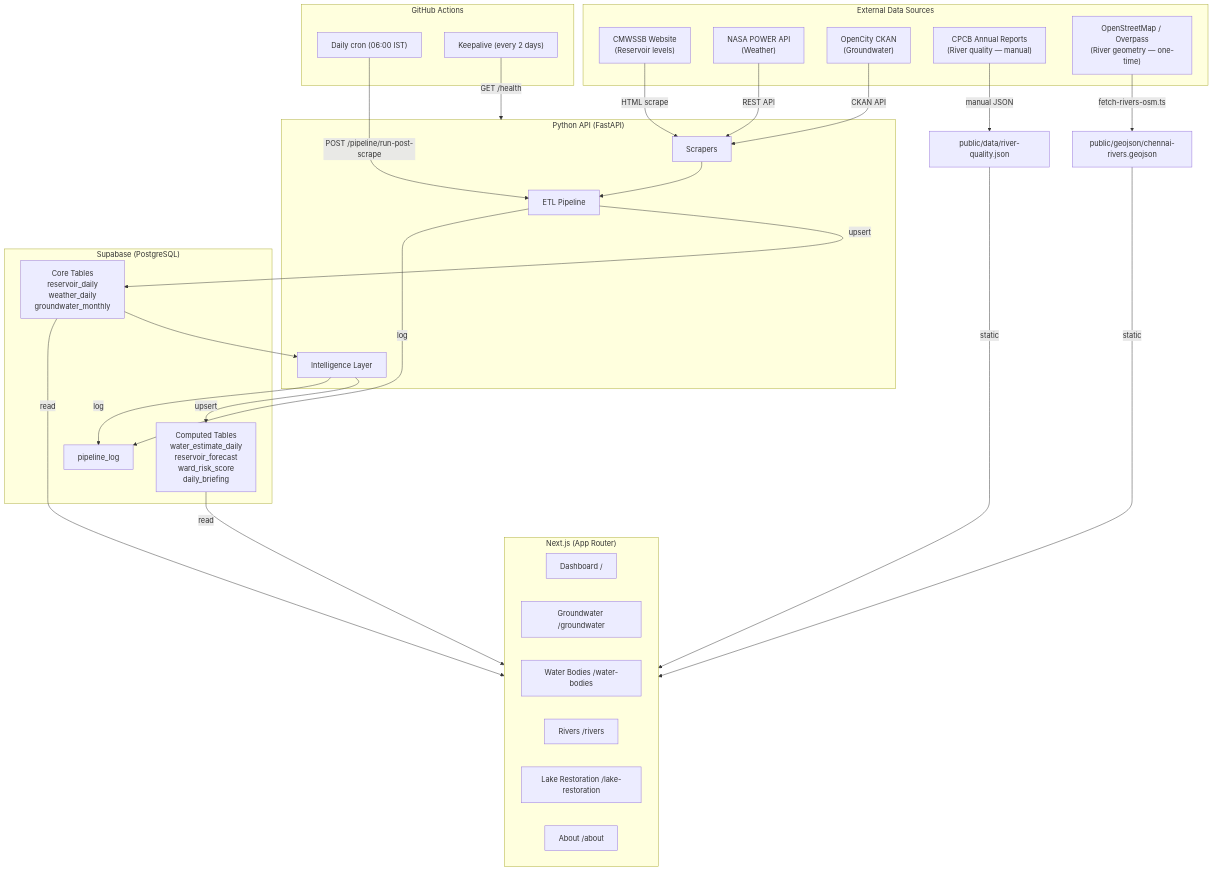
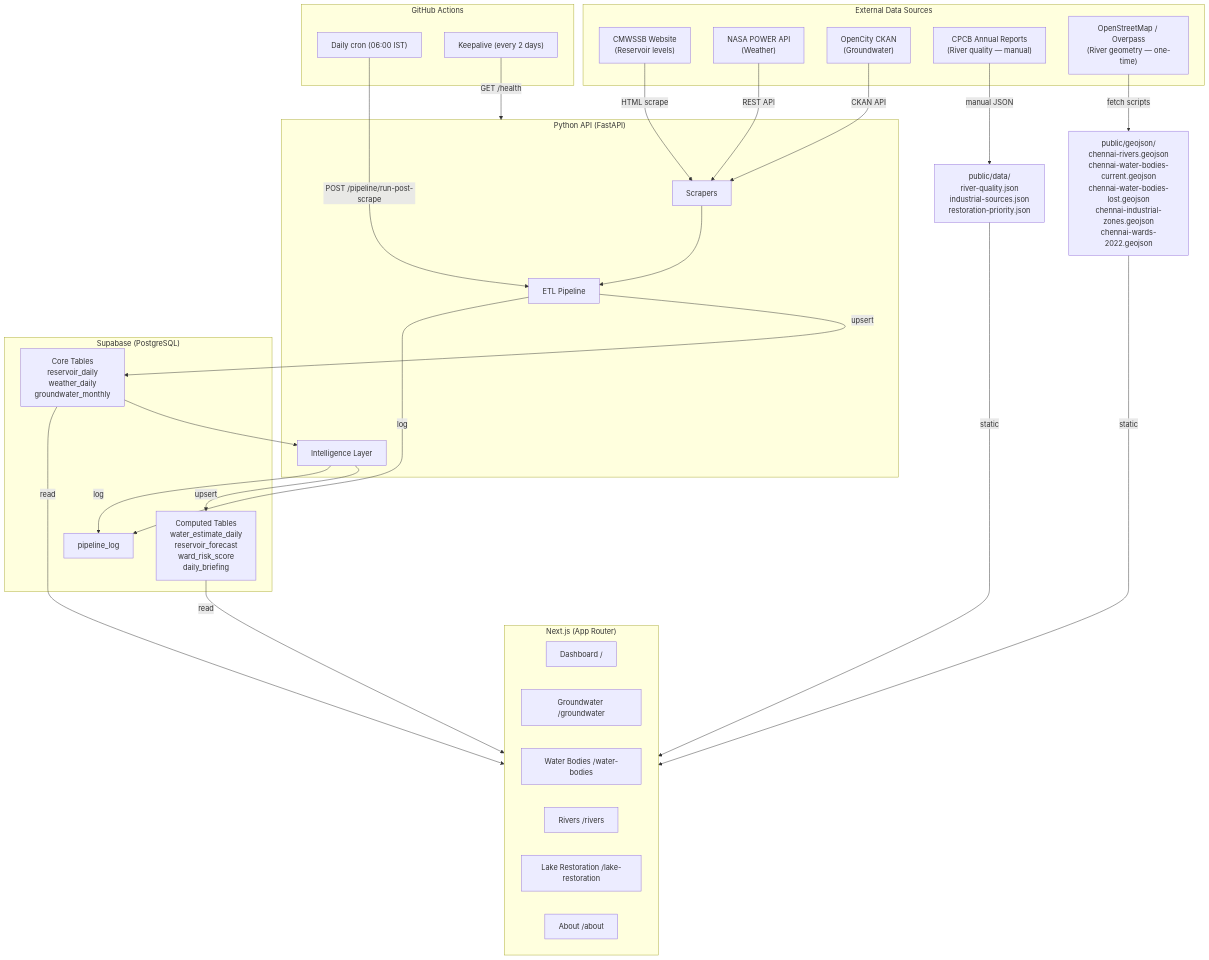
The first of 5 diagrams in ARCHITECTURE.md (SundareshPrasanna/neer-vazhvu), drawn with Mermaid before and after one commit. The commit also changed other lines of this file and 4 other files, not shown here.

First line of the commit message:
docs: fix cross-document inconsistencies and add missing architecture sections

````diff
--- a/ARCHITECTURE.md
+++ b/ARCHITECTURE.md
@@ -7,58 +7,58 @@
 ```mermaid
 graph TB
     subgraph External Data Sources
         CMWSSB["CMWSSB Website<br/>(Reservoir levels)"]
         NASA["NASA POWER API<br/>(Weather)"]
         OC["OpenCity CKAN<br/>(Groundwater)"]
         CPCB["CPCB Annual Reports<br/>(River quality — manual)"]
         OSM["OpenStreetMap / Overpass<br/>(River geometry — one-time)"]
     end
 
     subgraph Backend ["Python API (FastAPI)"]
         Scrapers["Scrapers"]
         ETL["ETL Pipeline"]
         Intel["Intelligence Layer"]
     end
 
     subgraph Database ["Supabase (PostgreSQL)"]
         Core["Core Tables<br/>reservoir_daily<br/>weather_daily<br/>groundwater_monthly"]
         Computed["Computed Tables<br/>water_estimate_daily<br/>reservoir_forecast<br/>ward_risk_score<br/>daily_briefing"]
         Log["pipeline_log"]
     end
 
     subgraph Frontend ["Next.js (App Router)"]
         Dashboard["Dashboard /"]
         GW["Groundwater /groundwater"]
         WB["Water Bodies /water-bodies"]
         Rivers["Rivers /rivers"]
         LR["Lake Restoration /lake-restoration"]
         About["About /about"]
     end
 
     subgraph CI ["GitHub Actions"]
         Cron["Daily cron (06:00 IST)"]
         KA["Keepalive (every 2 days)"]
     end
 
     CMWSSB -->|HTML scrape| Scrapers
     NASA -->|REST API| Scrapers
     OC -->|CKAN API| Scrapers
-    CPCB -->|manual JSON| StaticFiles["public/data/river-quality.json"]
-    OSM -->|fetch-rivers-osm.ts| StaticFiles2["public/geojson/chennai-rivers.geojson"]
+    CPCB -->|manual JSON| StaticFiles["public/data/<br/>river-quality.json<br/>industrial-sources.json<br/>restoration-priority.json"]
+    OSM -->|fetch scripts| StaticFiles2["public/geojson/<br/>chennai-rivers.geojson<br/>chennai-water-bodies-current.geojson<br/>chennai-water-bodies-lost.geojson<br/>chennai-industrial-zones.geojson<br/>chennai-wards-2022.geojson"]
 
     Scrapers --> ETL
     ETL -->|upsert| Core
     Core --> Intel
     Intel -->|upsert| Computed
 
     ETL -->|log| Log
     Intel -->|log| Log
 
     Core -->|read| Frontend
     Computed -->|read| Frontend
     StaticFiles -->|static| Frontend
     StaticFiles2 -->|static| Frontend
 
     Cron -->|POST /pipeline/run-post-scrape| ETL
     KA -->|GET /health| Backend
 ```
````
